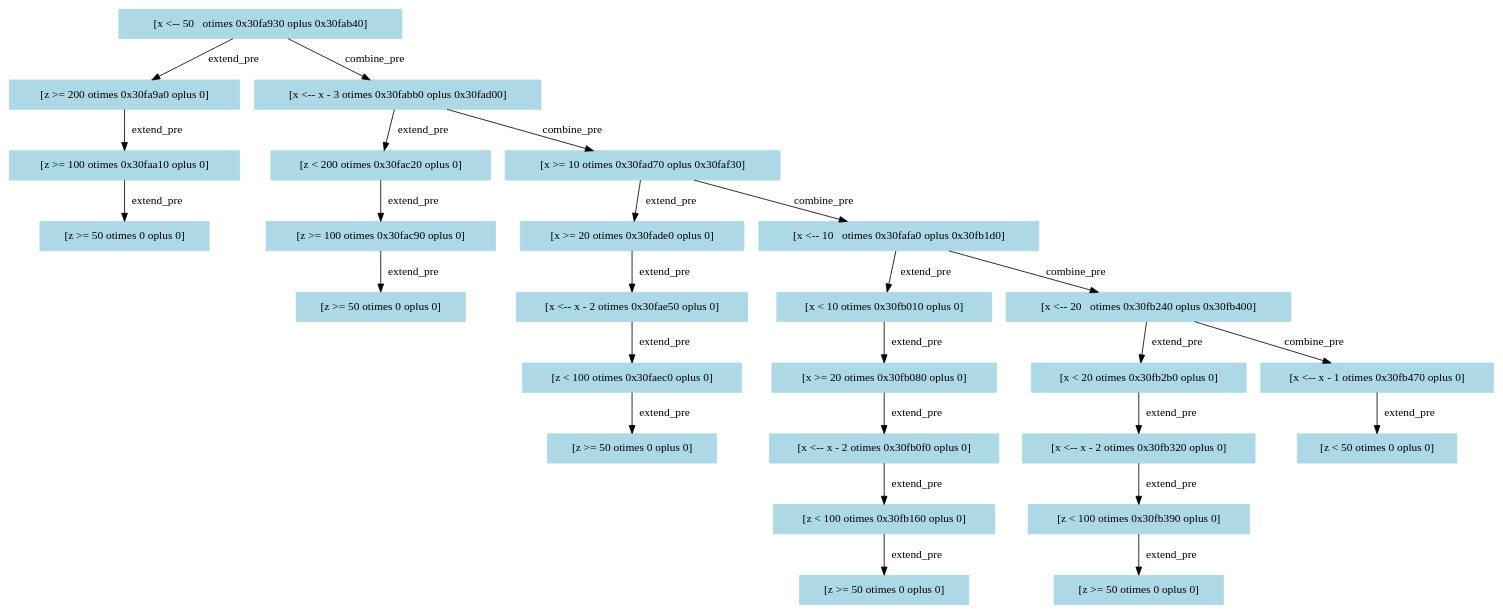
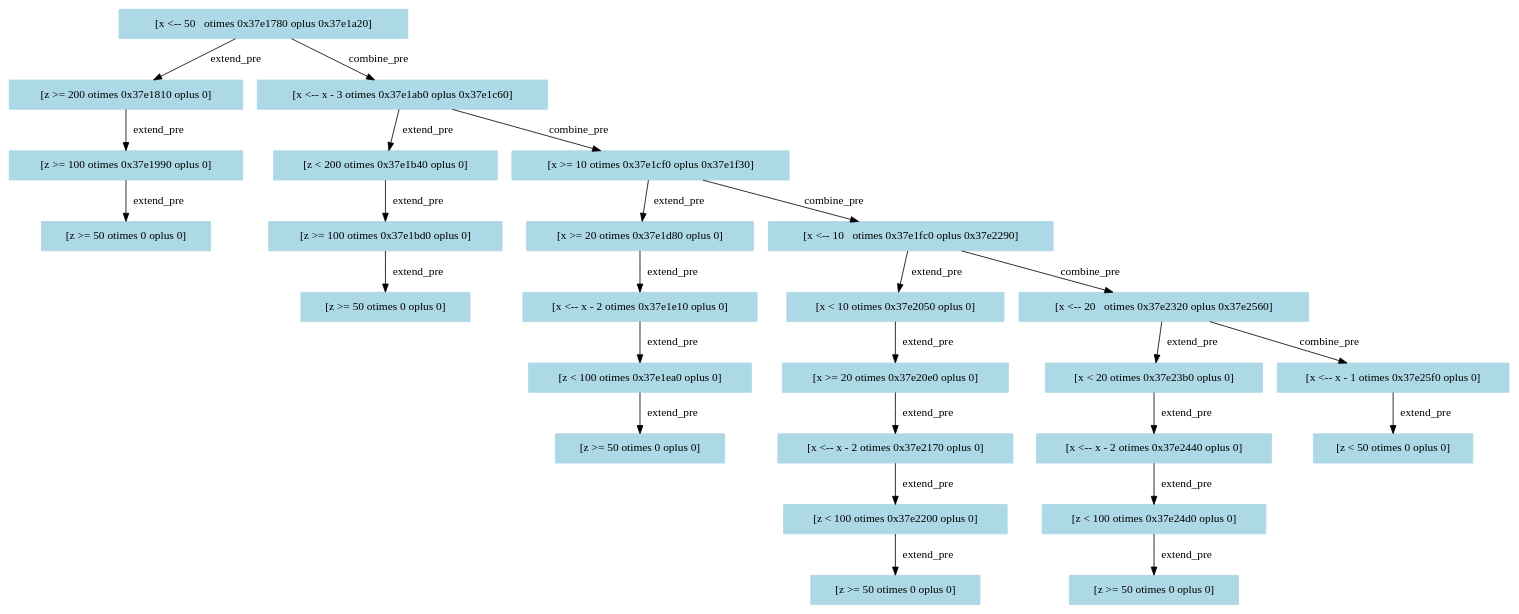
Before and after one commit to RangerBu/st-checker: the diagram in outputs/weights-graphs/2.dot, drawn with Graphviz. The commit also changed 51 other files, not shown here.

```diff
--- a/outputs/weights-graphs/2.dot
+++ b/outputs/weights-graphs/2.dot
@@ -1,53 +1,53 @@
 digraph "[IF x <= y THEN]" {
-"0x30fa8c0" [label="[x <-- 50   otimes 0x30fa930 oplus 0x30fab40]", color=lightblue,style=filled,shape=box]
-"0x30fa8c0" -> "0x30fa930" [label=extend_pre,color=black]
-"0x30fa930" [label="[z >= 200 otimes 0x30fa9a0 oplus 0]", color=lightblue,style=filled,shape=box]
-"0x30fa930" -> "0x30fa9a0" [label=extend_pre,color=black]
-"0x30fa9a0" [label="[z >= 100 otimes 0x30faa10 oplus 0]", color=lightblue,style=filled,shape=box]
-"0x30fa9a0" -> "0x30faa10" [label=extend_pre,color=black]
-"0x30faa10" [label="[z >= 50 otimes 0 oplus 0]", color=lightblue,style=filled,shape=box]
-"0x30fa8c0" -> "0x30fab40" [label=combine_pre,color=black]
-"0x30fab40" [label="[x <-- x - 3 otimes 0x30fabb0 oplus 0x30fad00]", color=lightblue,style=filled,shape=box]
-"0x30fab40" -> "0x30fabb0" [label=extend_pre,color=black]
-"0x30fabb0" [label="[z < 200 otimes 0x30fac20 oplus 0]", color=lightblue,style=filled,shape=box]
-"0x30fabb0" -> "0x30fac20" [label=extend_pre,color=black]
-"0x30fac20" [label="[z >= 100 otimes 0x30fac90 oplus 0]", color=lightblue,style=filled,shape=box]
-"0x30fac20" -> "0x30fac90" [label=extend_pre,color=black]
-"0x30fac90" [label="[z >= 50 otimes 0 oplus 0]", color=lightblue,style=filled,shape=box]
-"0x30fab40" -> "0x30fad00" [label=combine_pre,color=black]
-"0x30fad00" [label="[x >= 10 otimes 0x30fad70 oplus 0x30faf30]", color=lightblue,style=filled,shape=box]
-"0x30fad00" -> "0x30fad70" [label=extend_pre,color=black]
-"0x30fad70" [label="[x >= 20 otimes 0x30fade0 oplus 0]", color=lightblue,style=filled,shape=box]
-"0x30fad70" -> "0x30fade0" [label=extend_pre,color=black]
-"0x30fade0" [label="[x <-- x - 2 otimes 0x30fae50 oplus 0]", color=lightblue,style=filled,shape=box]
-"0x30fade0" -> "0x30fae50" [label=extend_pre,color=black]
-"0x30fae50" [label="[z < 100 otimes 0x30faec0 oplus 0]", color=lightblue,style=filled,shape=box]
-"0x30fae50" -> "0x30faec0" [label=extend_pre,color=black]
-"0x30faec0" [label="[z >= 50 otimes 0 oplus 0]", color=lightblue,style=filled,shape=box]
-"0x30fad00" -> "0x30faf30" [label=combine_pre,color=black]
-"0x30faf30" [label="[x <-- 10   otimes 0x30fafa0 oplus 0x30fb1d0]", color=lightblue,style=filled,shape=box]
-"0x30faf30" -> "0x30fafa0" [label=extend_pre,color=black]
-"0x30fafa0" [label="[x < 10 otimes 0x30fb010 oplus 0]", color=lightblue,style=filled,shape=box]
-"0x30fafa0" -> "0x30fb010" [label=extend_pre,color=black]
-"0x30fb010" [label="[x >= 20 otimes 0x30fb080 oplus 0]", color=lightblue,style=filled,shape=box]
-"0x30fb010" -> "0x30fb080" [label=extend_pre,color=black]
-"0x30fb080" [label="[x <-- x - 2 otimes 0x30fb0f0 oplus 0]", color=lightblue,style=filled,shape=box]
-"0x30fb080" -> "0x30fb0f0" [label=extend_pre,color=black]
-"0x30fb0f0" [label="[z < 100 otimes 0x30fb160 oplus 0]", color=lightblue,style=filled,shape=box]
-"0x30fb0f0" -> "0x30fb160" [label=extend_pre,color=black]
-"0x30fb160" [label="[z >= 50 otimes 0 oplus 0]", color=lightblue,style=filled,shape=box]
-"0x30faf30" -> "0x30fb1d0" [label=combine_pre,color=black]
-"0x30fb1d0" [label="[x <-- 20   otimes 0x30fb240 oplus 0x30fb400]", color=lightblue,style=filled,shape=box]
-"0x30fb1d0" -> "0x30fb240" [label=extend_pre,color=black]
-"0x30fb240" [label="[x < 20 otimes 0x30fb2b0 oplus 0]", color=lightblue,style=filled,shape=box]
-"0x30fb240" -> "0x30fb2b0" [label=extend_pre,color=black]
-"0x30fb2b0" [label="[x <-- x - 2 otimes 0x30fb320 oplus 0]", color=lightblue,style=filled,shape=box]
-"0x30fb2b0" -> "0x30fb320" [label=extend_pre,color=black]
-"0x30fb320" [label="[z < 100 otimes 0x30fb390 oplus 0]", color=lightblue,style=filled,shape=box]
-"0x30fb320" -> "0x30fb390" [label=extend_pre,color=black]
-"0x30fb390" [label="[z >= 50 otimes 0 oplus 0]", color=lightblue,style=filled,shape=box]
-"0x30fb1d0" -> "0x30fb400" [label=combine_pre,color=black]
-"0x30fb400" [label="[x <-- x - 1 otimes 0x30fb470 oplus 0]", color=lightblue,style=filled,shape=box]
-"0x30fb400" -> "0x30fb470" [label=extend_pre,color=black]
-"0x30fb470" [label="[z < 50 otimes 0 oplus 0]", color=lightblue,style=filled,shape=box]
+"0x37e16f0" [label="[x <-- 50   otimes 0x37e1780 oplus 0x37e1a20]", color=lightblue,style=filled,shape=box]
+"0x37e16f0" -> "0x37e1780" [label=extend_pre,color=black]
+"0x37e1780" [label="[z >= 200 otimes 0x37e1810 oplus 0]", color=lightblue,style=filled,shape=box]
+"0x37e1780" -> "0x37e1810" [label=extend_pre,color=black]
+"0x37e1810" [label="[z >= 100 otimes 0x37e1990 oplus 0]", color=lightblue,style=filled,shape=box]
+"0x37e1810" -> "0x37e1990" [label=extend_pre,color=black]
+"0x37e1990" [label="[z >= 50 otimes 0 oplus 0]", color=lightblue,style=filled,shape=box]
+"0x37e16f0" -> "0x37e1a20" [label=combine_pre,color=black]
+"0x37e1a20" [label="[x <-- x - 3 otimes 0x37e1ab0 oplus 0x37e1c60]", color=lightblue,style=filled,shape=box]
+"0x37e1a20" -> "0x37e1ab0" [label=extend_pre,color=black]
+"0x37e1ab0" [label="[z < 200 otimes 0x37e1b40 oplus 0]", color=lightblue,style=filled,shape=box]
+"0x37e1ab0" -> "0x37e1b40" [label=extend_pre,color=black]
+"0x37e1b40" [label="[z >= 100 otimes 0x37e1bd0 oplus 0]", color=lightblue,style=filled,shape=box]
+"0x37e1b40" -> "0x37e1bd0" [label=extend_pre,color=black]
+"0x37e1bd0" [label="[z >= 50 otimes 0 oplus 0]", color=lightblue,style=filled,shape=box]
+"0x37e1a20" -> "0x37e1c60" [label=combine_pre,color=black]
+"0x37e1c60" [label="[x >= 10 otimes 0x37e1cf0 oplus 0x37e1f30]", color=lightblue,style=filled,shape=box]
+"0x37e1c60" -> "0x37e1cf0" [label=extend_pre,color=black]
+"0x37e1cf0" [label="[x >= 20 otimes 0x37e1d80 oplus 0]", color=lightblue,style=filled,shape=box]
+"0x37e1cf0" -> "0x37e1d80" [label=extend_pre,color=black]
+"0x37e1d80" [label="[x <-- x - 2 otimes 0x37e1e10 oplus 0]", color=lightblue,style=filled,shape=box]
+"0x37e1d80" -> "0x37e1e10" [label=extend_pre,color=black]
+"0x37e1e10" [label="[z < 100 otimes 0x37e1ea0 oplus 0]", color=lightblue,style=filled,shape=box]
+"0x37e1e10" -> "0x37e1ea0" [label=extend_pre,color=black]
+"0x37e1ea0" [label="[z >= 50 otimes 0 oplus 0]", color=lightblue,style=filled,shape=box]
+"0x37e1c60" -> "0x37e1f30" [label=combine_pre,color=black]
+"0x37e1f30" [label="[x <-- 10   otimes 0x37e1fc0 oplus 0x37e2290]", color=lightblue,style=filled,shape=box]
+"0x37e1f30" -> "0x37e1fc0" [label=extend_pre,color=black]
+"0x37e1fc0" [label="[x < 10 otimes 0x37e2050 oplus 0]", color=lightblue,style=filled,shape=box]
+"0x37e1fc0" -> "0x37e2050" [label=extend_pre,color=black]
+"0x37e2050" [label="[x >= 20 otimes 0x37e20e0 oplus 0]", color=lightblue,style=filled,shape=box]
+"0x37e2050" -> "0x37e20e0" [label=extend_pre,color=black]
+"0x37e20e0" [label="[x <-- x - 2 otimes 0x37e2170 oplus 0]", color=lightblue,style=filled,shape=box]
+"0x37e20e0" -> "0x37e2170" [label=extend_pre,color=black]
+"0x37e2170" [label="[z < 100 otimes 0x37e2200 oplus 0]", color=lightblue,style=filled,shape=box]
+"0x37e2170" -> "0x37e2200" [label=extend_pre,color=black]
+"0x37e2200" [label="[z >= 50 otimes 0 oplus 0]", color=lightblue,style=filled,shape=box]
+"0x37e1f30" -> "0x37e2290" [label=combine_pre,color=black]
+"0x37e2290" [label="[x <-- 20   otimes 0x37e2320 oplus 0x37e2560]", color=lightblue,style=filled,shape=box]
+"0x37e2290" -> "0x37e2320" [label=extend_pre,color=black]
+"0x37e2320" [label="[x < 20 otimes 0x37e23b0 oplus 0]", color=lightblue,style=filled,shape=box]
+"0x37e2320" -> "0x37e23b0" [label=extend_pre,color=black]
+"0x37e23b0" [label="[x <-- x - 2 otimes 0x37e2440 oplus 0]", color=lightblue,style=filled,shape=box]
+"0x37e23b0" -> "0x37e2440" [label=extend_pre,color=black]
+"0x37e2440" [label="[z < 100 otimes 0x37e24d0 oplus 0]", color=lightblue,style=filled,shape=box]
+"0x37e2440" -> "0x37e24d0" [label=extend_pre,color=black]
+"0x37e24d0" [label="[z >= 50 otimes 0 oplus 0]", color=lightblue,style=filled,shape=box]
+"0x37e2290" -> "0x37e2560" [label=combine_pre,color=black]
+"0x37e2560" [label="[x <-- x - 1 otimes 0x37e25f0 oplus 0]", color=lightblue,style=filled,shape=box]
+"0x37e2560" -> "0x37e25f0" [label=extend_pre,color=black]
+"0x37e25f0" [label="[z < 50 otimes 0 oplus 0]", color=lightblue,style=filled,shape=box]
 }
```
